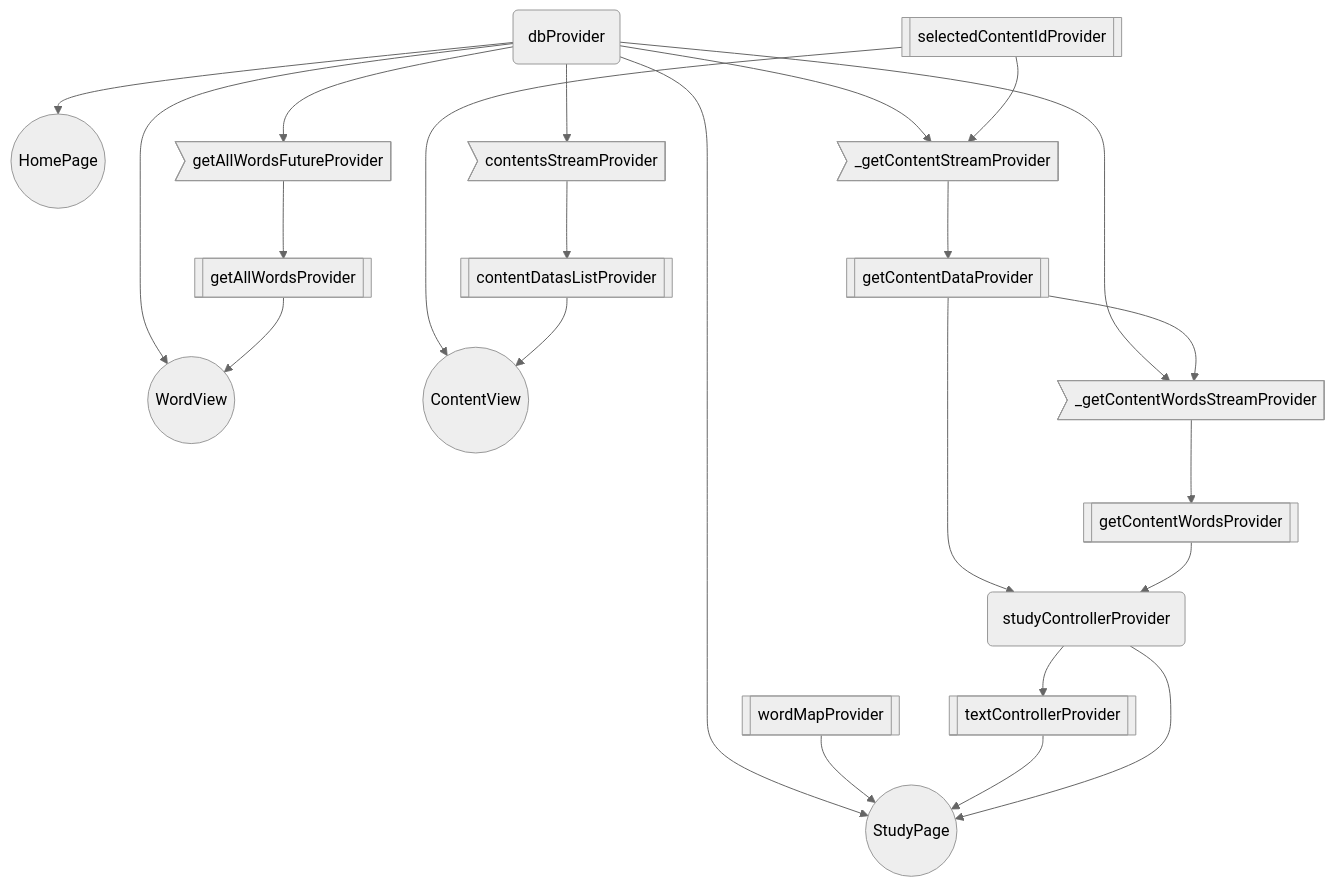
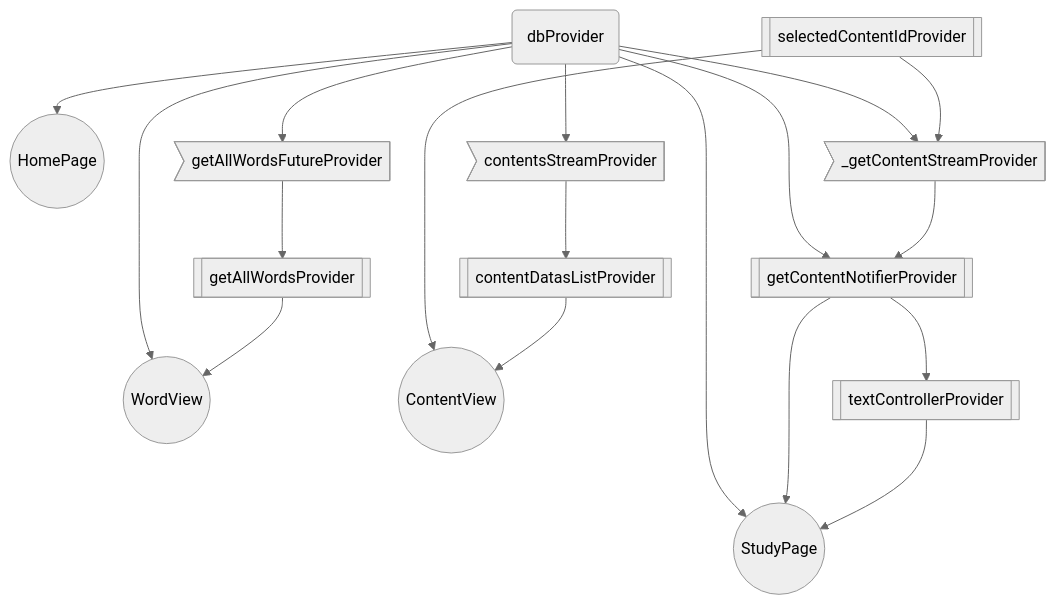
Before and after one commit to hpn33/landlearn: the diagram in riverpod_diagram.md, drawn with Mermaid (neutral theme). The commit also changed 5 other files, not shown here.

````diff
--- a/riverpod_diagram.md
+++ b/riverpod_diagram.md
@@ -2,49 +2,40 @@
 ```mermaid
 graph TD;
 
 
-
-9(dbProvider) --> 3((HomePage)) ;
-
-9(dbProvider) --> 4((StudyPage)) ;
-10[[wordMapProvider]] --> 4((StudyPage)) ;
-16[[textControllerProvider]] --> 4((StudyPage)) ;
-17(studyControllerProvider) --> 4((StudyPage)) ;
+9(dbProvider) --> 2((HomePage)) ;
 
 
 
+9(dbProvider) --> 5((StudyPage)) ;
+12[[getContentNotifierProvider]] --> 5((StudyPage)) ;
+13[[textControllerProvider]] --> 5((StudyPage)) ;
+
+
 9(dbProvider) --> 7((WordView)) ;
-22[[getAllWordsProvider]] --> 7((WordView)) ;
+18[[getAllWordsProvider]] --> 7((WordView)) ;
 
-11[[selectedContentIdProvider]] --> 8((ContentView)) ;
-19[[contentDatasListProvider]] --> 8((ContentView)) ;
+10[[selectedContentIdProvider]] --> 8((ContentView)) ;
+15[[contentDatasListProvider]] --> 8((ContentView)) ;
 
 
 
+9(dbProvider) --> 11>_getContentStreamProvider] ;
+10[[selectedContentIdProvider]] --> 11>_getContentStreamProvider] ;
 
-9(dbProvider) --> 12>_getContentStreamProvider] ;
-11[[selectedContentIdProvider]] --> 12>_getContentStreamProvider] ;
+9(dbProvider) --> 12[[getContentNotifierProvider]] ;
+11>_getContentStreamProvider] --> 12[[getContentNotifierProvider]] ;
 
-12>_getContentStreamProvider] --> 13[[getContentDataProvider]] ;
+12[[getContentNotifierProvider]] --> 13[[textControllerProvider]] ;
 
-9(dbProvider) --> 14>_getContentWordsStreamProvider] ;
-13[[getContentDataProvider]] --> 14>_getContentWordsStreamProvider] ;
+9(dbProvider) --> 14>contentsStreamProvider] ;
 
-14>_getContentWordsStreamProvider] --> 15[[getContentWordsProvider]] ;
-
-17(studyControllerProvider) --> 16[[textControllerProvider]] ;
-
-13[[getContentDataProvider]] --> 17(studyControllerProvider) ;
-15[[getContentWordsProvider]] --> 17(studyControllerProvider) ;
-
-9(dbProvider) --> 18>contentsStreamProvider] ;
-
-18>contentsStreamProvider] --> 19[[contentDatasListProvider]] ;
+14>contentsStreamProvider] --> 15[[contentDatasListProvider]] ;
 
 
-9(dbProvider) --> 21>getAllWordsFutureProvider] ;
+9(dbProvider) --> 17>getAllWordsFutureProvider] ;
 
-21>getAllWordsFutureProvider] --> 22[[getAllWordsProvider]] ;
+17>getAllWordsFutureProvider] --> 18[[getAllWordsProvider]] ;
 
 
 ```
````
